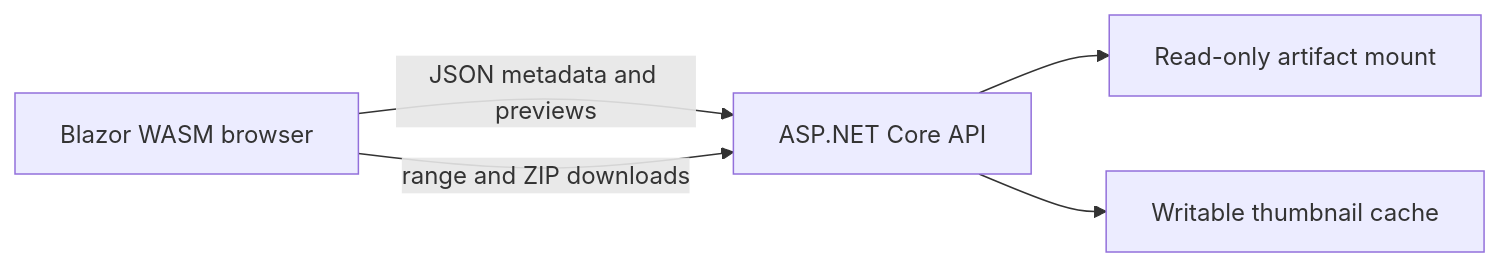
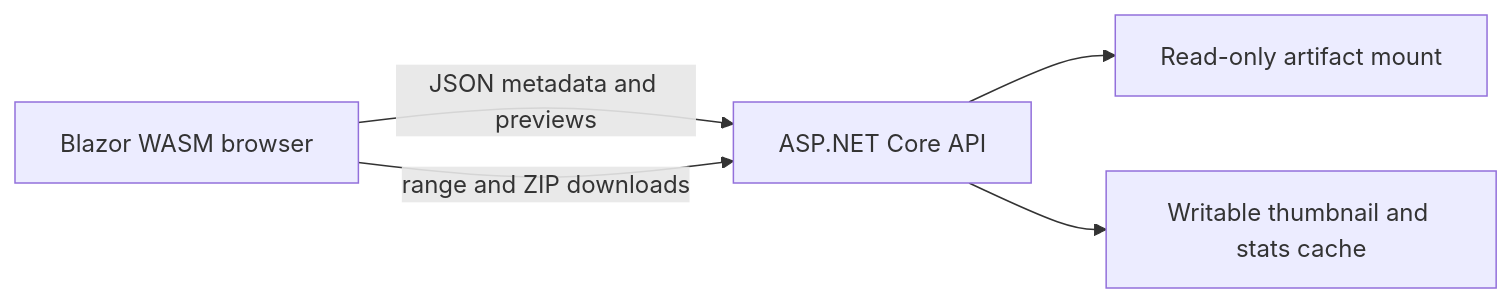
One commit to nefarius/ArtifactShelf changed the diagram in README.md. Above: the diagram before and after it, drawn with Mermaid. The commit also changed other lines of this file and 18 other files, not shown here.

````diff
--- a/README.md
+++ b/README.md
@@ -15,7 +15,7 @@
 ```mermaid
 flowchart LR
     Browser[Blazor WASM browser] -->|"JSON metadata and previews"| Api[ASP.NET Core API]
     Browser -->|"range and ZIP downloads"| Api
     Api --> ReadOnlyData[Read-only artifact mount]
-    Api --> Cache[Writable thumbnail cache]
+    Api --> Cache[Writable thumbnail and stats cache]
 ```
````
